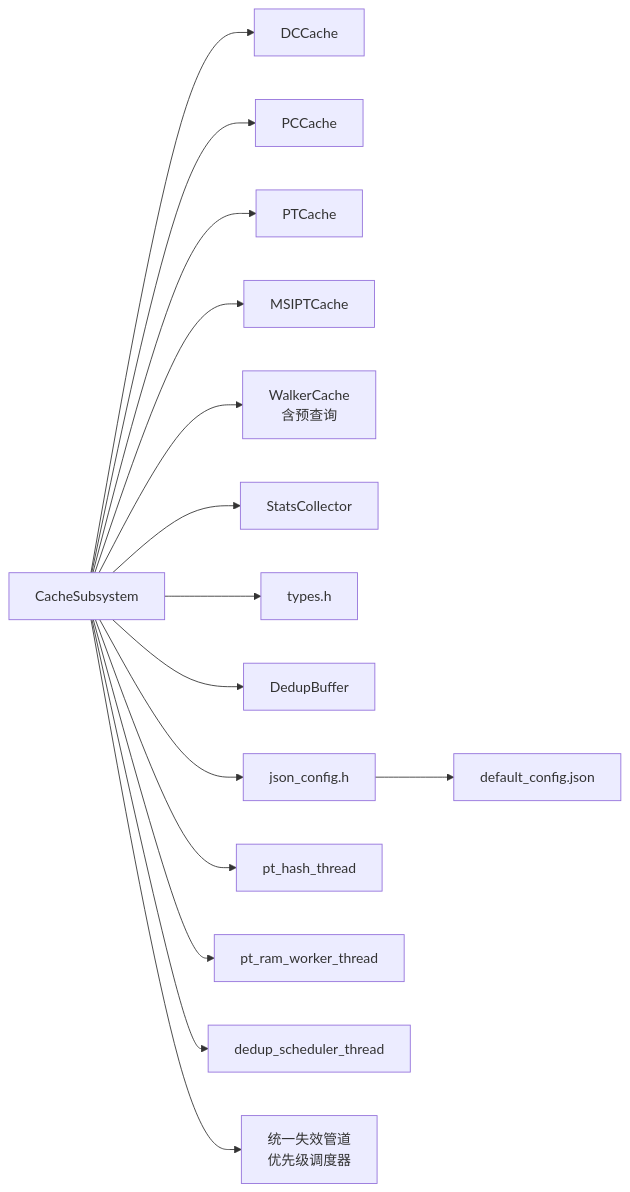
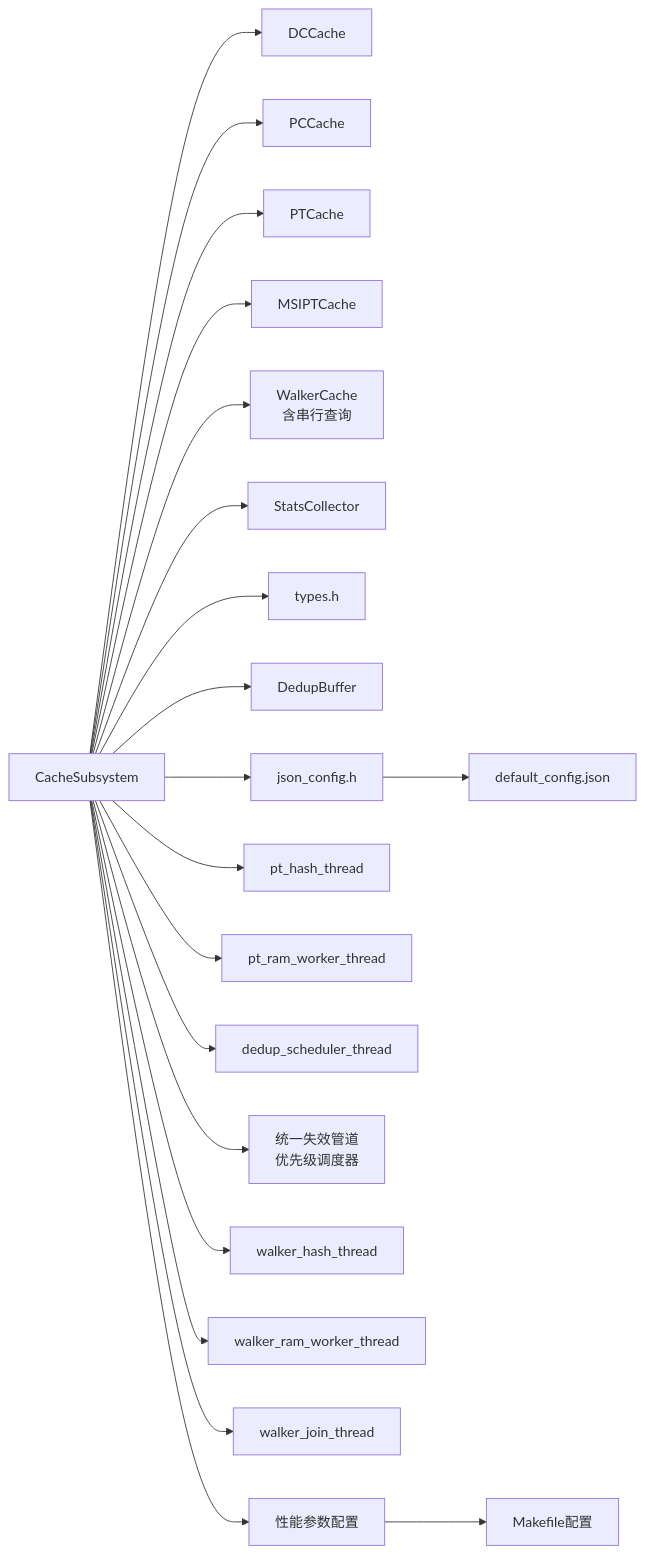
Before and after one commit to jiangjiang1122/iommu_model_20260401_v1: diagram 11 of 11 in .qoder/repowiki/zh/content/缓存系统/缓存子系统概览.md, drawn with Mermaid. The commit also changed other lines of this file and 159 other files, not shown here.

Commit message:
chore: 更新知识库文档 + 新增PTW并发分析图表与数据文件

````diff
--- a/.qoder/repowiki/zh/content/缓存系统/缓存子系统概览.md
+++ b/.qoder/repowiki/zh/content/缓存系统/缓存子系统概览.md
@@ -505,17 +602,22 @@
 ```mermaid
 graph LR
 CS["CacheSubsystem"] --> DC["DCCache"]
 CS --> PC["PCCache"]
 CS --> PT["PTCache"]
 CS --> MSI["MSIPTCache"]
-CS --> Wlk["WalkerCache<br/>含预查询"]
+CS --> Wlk["WalkerCache<br/>含串行查询"]
 CS --> Stats["StatsCollector"]
 CS --> Types["types.h"]
 CS --> Dedup["DedupBuffer"]
 CS --> Json["json_config.h"]
 CS --> PT_Hash["pt_hash_thread"]
 CS --> PT_RAM["pt_ram_worker_thread"]
 CS --> Dedup_Sched["dedup_scheduler_thread"]
 CS --> Unified_Pipeline["统一失效管道<br/>优先级调度器"]
+CS --> Walker_Hash["walker_hash_thread"]
+CS --> Walker_RAM["walker_ram_worker_thread"]
+CS --> Walker_Join["walker_join_thread"]
+CS --> PerfParams["性能参数配置"]
 Json --> Cfg["default_config.json"]
+PerfParams --> Makefile["Makefile配置"]
 ```
````
